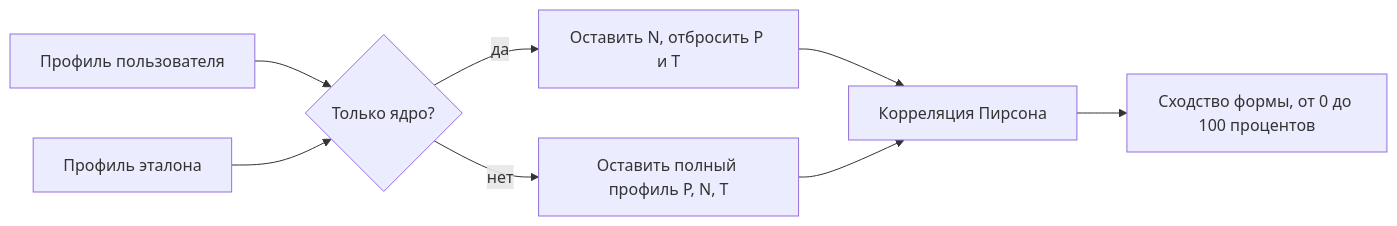
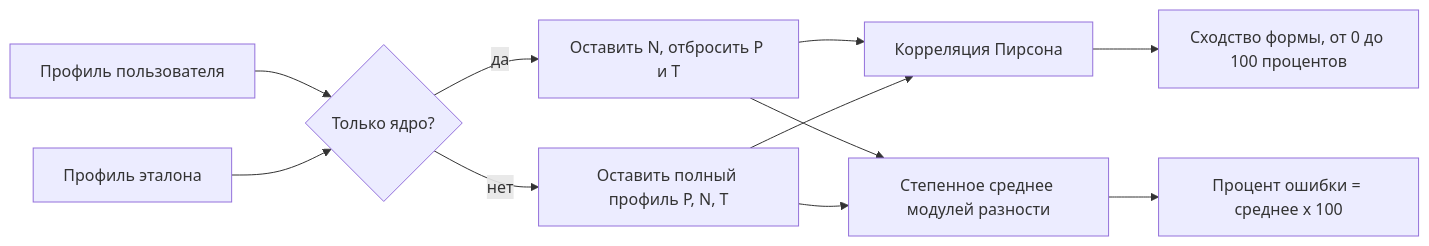
Before and after one commit to zhitko/singing-lessons-trainer: the eighth of 9 diagrams in docs/data_flow_ru.md, drawn with Mermaid. The commit also changed other lines of this file and 144 other files, not shown here.

````diff
--- a/docs/data_flow_ru.md
+++ b/docs/data_flow_ru.md
@@ -219,10 +219,13 @@
 ```mermaid
 flowchart LR
     Uump["Профиль пользователя"] --> Nonly{"Только ядро?"}
     Rump["Профиль эталона"] --> Nonly
     Nonly -->|да| Ncut["Оставить N, отбросить P и T"]
     Nonly -->|нет| Keep["Оставить полный профиль P, N, T"]
     Ncut --> Corr["Корреляция Пирсона"]
     Keep --> Corr
     Corr --> Out3["Сходство формы, от 0 до 100 процентов"]
+    Ncut --> Err["Степенное среднее модулей разности"]
+    Keep --> Err
+    Err --> Out4["Процент ошибки = среднее x 100"]
 ```
````
